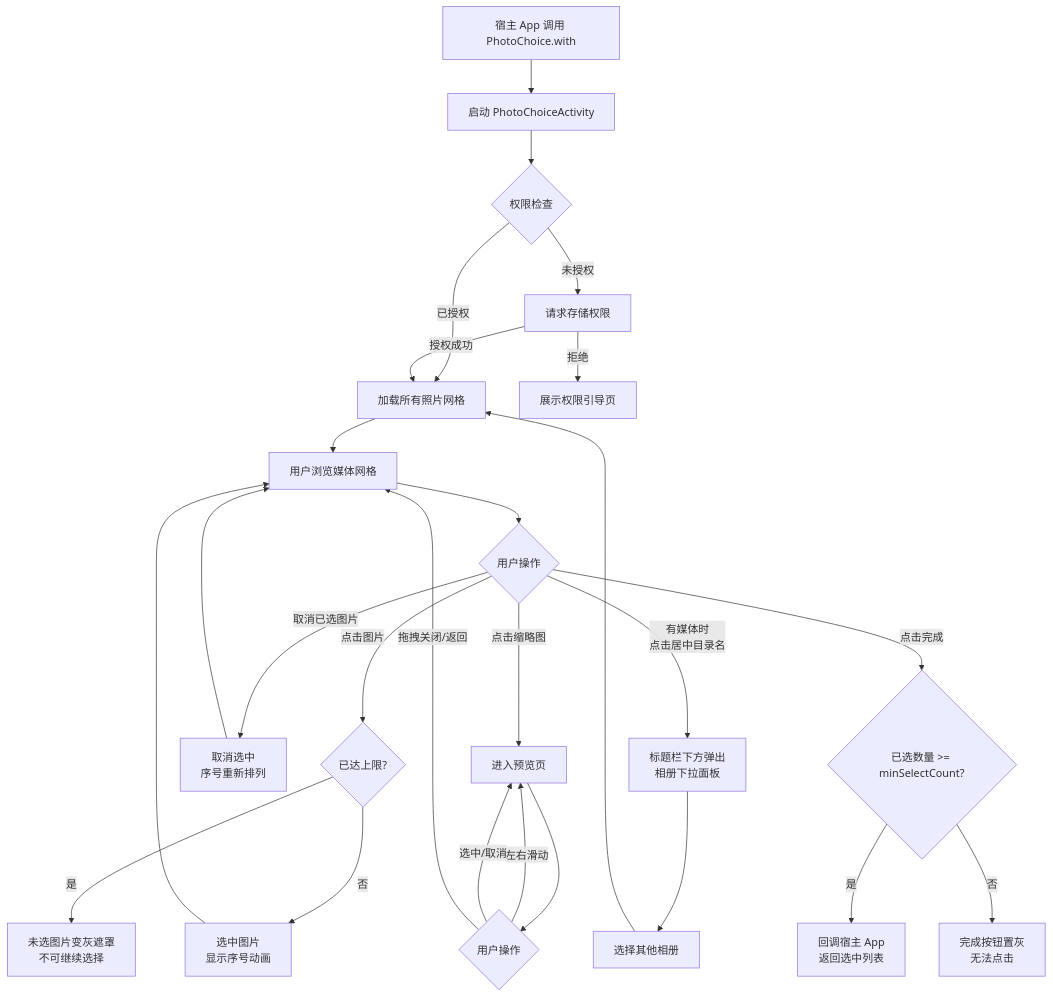
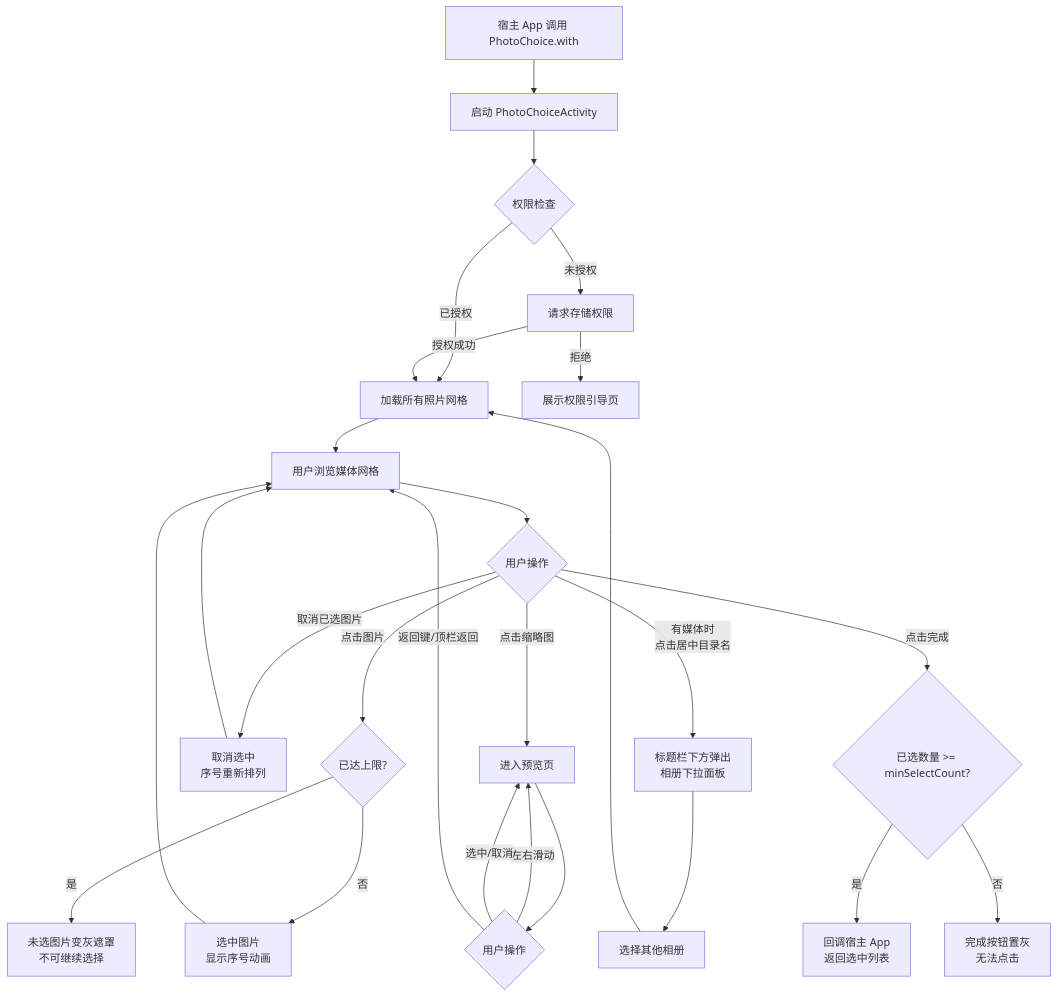
Before and after one commit to Hu12037102/photo_choice: the second of 15 diagrams in PRD.md, drawn with Mermaid. The commit also changed other lines of this file and 3 other files, not shown here.

````diff
--- a/PRD.md
+++ b/PRD.md
@@ -67,35 +70,35 @@
 ```mermaid
 flowchart TD
     A[宿主 App 调用 PhotoChoice.with] --> B[启动 PhotoChoiceActivity]
     B --> C{权限检查}
     C -->|已授权| D[加载所有照片网格]
     C -->|未授权| E[请求存储权限]
     E -->|授权成功| D
     E -->|拒绝| F[展示权限引导页]
 
     D --> G[用户浏览媒体网格]
     G --> H{用户操作}
 
     H -->|点击图片| I{已达上限?}
     I -->|是| J[未选图片变灰遮罩<br/>不可继续选择]
     I -->|否| K[选中图片<br/>显示序号动画]
 
     H -->|取消已选图片| L[取消选中<br/>序号重新排列]
 
     H -->|有媒体时<br/>点击居中目录名| M[标题栏下方弹出<br/>相册下拉面板]
     M --> N[选择其他相册]
     N --> D
 
     H -->|点击缩略图| O[进入预览页]
     O --> P{用户操作}
     P -->|左右滑动| O
     P -->|选中/取消| O
-    P -->|拖拽关闭/返回| G
+    P -->|返回键/顶栏返回| G
 
     H -->|点击完成| Q{已选数量 >= minSelectCount?}
     Q -->|是| R[回调宿主 App<br/>返回选中列表]
     Q -->|否| S[完成按钮置灰<br/>无法点击]
 
     K --> G
     L --> G
 ```
````
